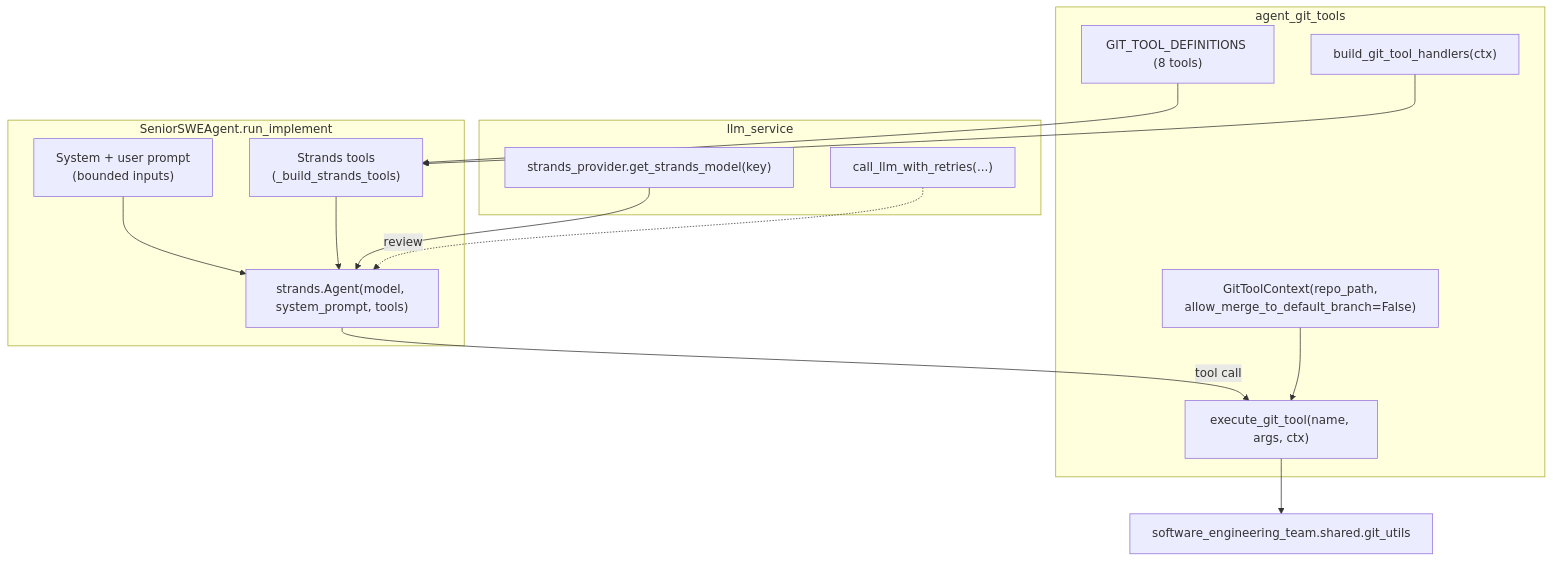
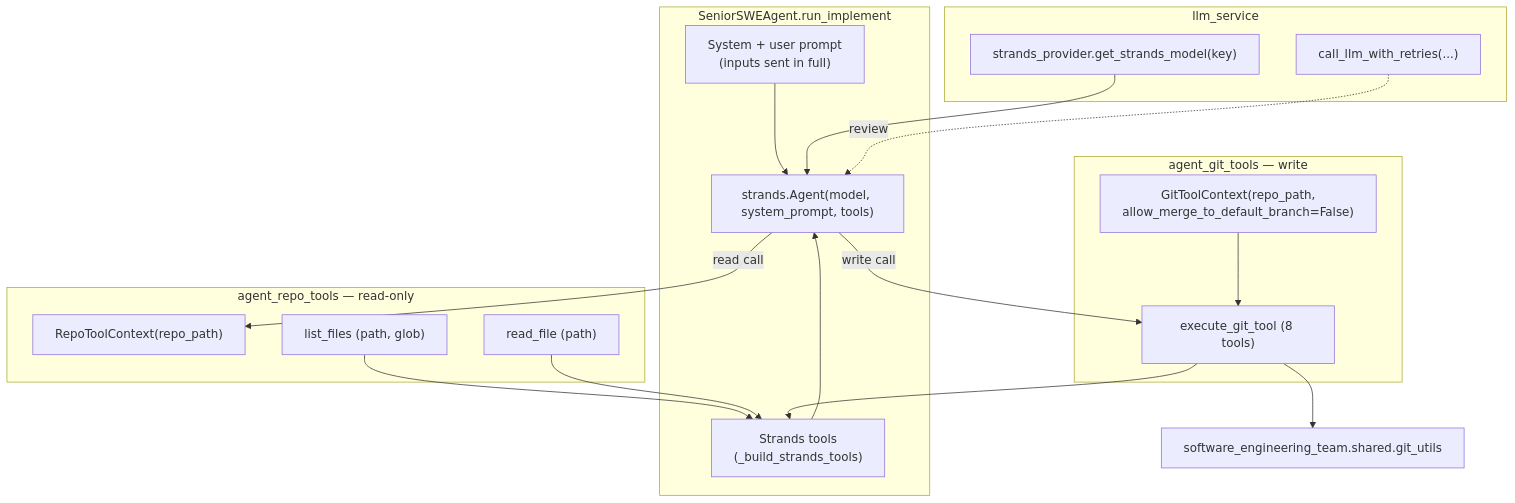
Before and after one commit to brandonkindred/Khala-Agentic-AI-Teams: the seventh of 7 diagrams in backend/agents/coding_team/system_design/architecture.md, drawn with Mermaid. The commit also changed other lines of this file, not shown here.

First line of the commit message:
docs(coding-team): update architecture for HITL gate, full LLM inputs, repo tools

````diff
--- a/backend/agents/coding_team/system_design/architecture.md
+++ b/backend/agents/coding_team/system_design/architecture.md
@@ -453,29 +594,34 @@
 ```mermaid
 flowchart TB
     subgraph swe[SeniorSWEAgent.run_implement]
-        Prompt["System + user prompt<br/>(bounded inputs)"]
+        Prompt["System + user prompt<br/>(inputs sent in full)"]
         Tools["Strands tools<br/>(_build_strands_tools)"]
         Agent["strands.Agent(model, system_prompt, tools)"]
     end
-    subgraph gittools[agent_git_tools]
+    subgraph repotools[agent_repo_tools — read-only]
+        RCtx["RepoToolContext(repo_path)"]
+        RList["list_files (path, glob)"]
+        RRead["read_file (path)"]
+    end
+    subgraph gittools[agent_git_tools — write]
         Ctx["GitToolContext(repo_path,<br/>allow_merge_to_default_branch=False)"]
-        Handlers["build_git_tool_handlers(ctx)"]
-        Exec["execute_git_tool(name, args, ctx)"]
-        Defs["GIT_TOOL_DEFINITIONS (8 tools)"]
+        Exec["execute_git_tool (8 tools)"]
     end
     subgraph llm[llm_service]
         Provider["strands_provider.get_strands_model(key)"]
         Retries["call_llm_with_retries(...)"]
     end
     GU["software_engineering_team.shared.git_utils"]
 
     Prompt --> Agent
-    Defs --> Tools
-    Handlers --> Tools
+    RList --> Tools
+    RRead --> Tools
+    Exec --> Tools
     Tools --> Agent
-    Agent -->|tool call| Exec
+    Agent -->|read call| RCtx
+    Agent -->|write call| Exec
     Exec --> GU
     Ctx --> Exec
     Provider --> Agent
     Retries -.review.-> Agent
 ```
````
